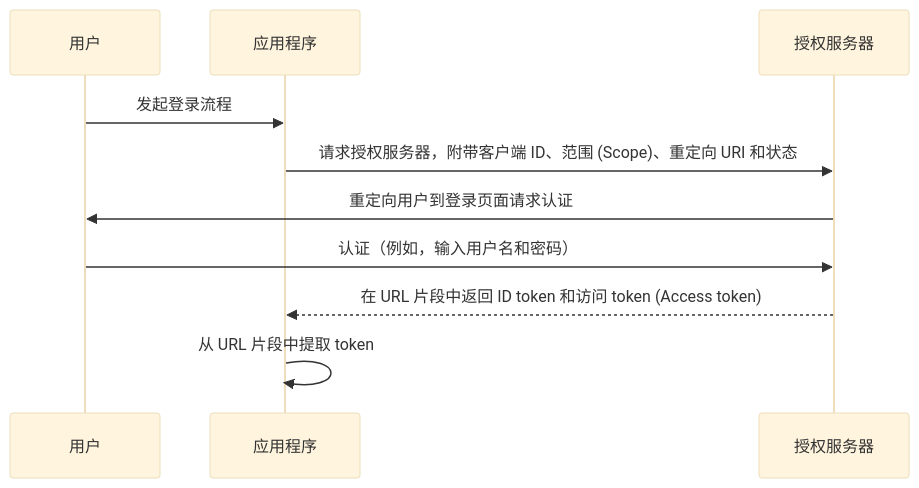
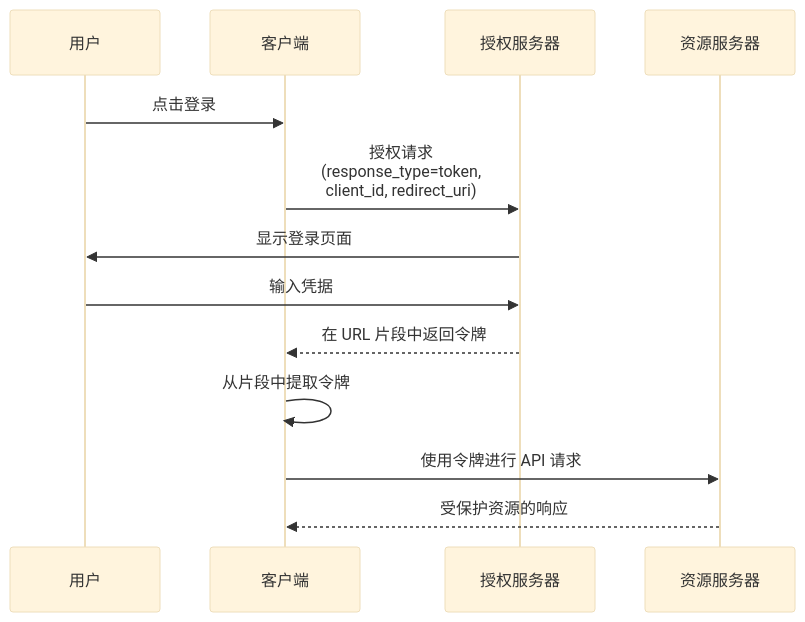
Before and after one commit to logto-io/auth-wiki: the diagram in src/content/terms/zh/implicit-flow.mdx, drawn with Mermaid (base theme). The commit also changed other lines of this file and 95 other files, not shown here.

````diff
--- a/src/content/terms/zh/implicit-flow.mdx
+++ b/src/content/terms/zh/implicit-flow.mdx
@@ -20,12 +19,16 @@
 ```mermaid
 sequenceDiagram
-participant 用户
-participant 应用程序
-participant 授权服务器
-用户->>应用程序: 发起登录流程
-应用程序->>授权服务器: 请求授权服务器，附带客户端 ID、范围 (Scope)、重定向 URI 和状态
-授权服务器->>用户: 重定向用户到登录页面请求认证
-用户->>授权服务器: 认证（例如，输入用户名和密码）
-授权服务器 -->>应用程序: 在 URL 片段中返回 ID token 和访问 token (Access token)
-应用程序->>应用程序: 从 URL 片段中提取 token
+  participant U as 用户
+  participant C as 客户端
+  participant AS as 授权服务器
+  participant RS as 资源服务器
+
+  U->>C: 点击登录
+  C->>AS: 授权请求<br/>(response_type=token,<br/>client_id, redirect_uri)
+  AS->>U: 显示登录页面
+  U->>AS: 输入凭据
+  AS-->>C: 在 URL 片段中返回令牌
+  C->>C: 从片段中提取令牌
+  C->>RS: 使用令牌进行 API 请求
+  RS-->>C: 受保护资源的响应
 ```
````
